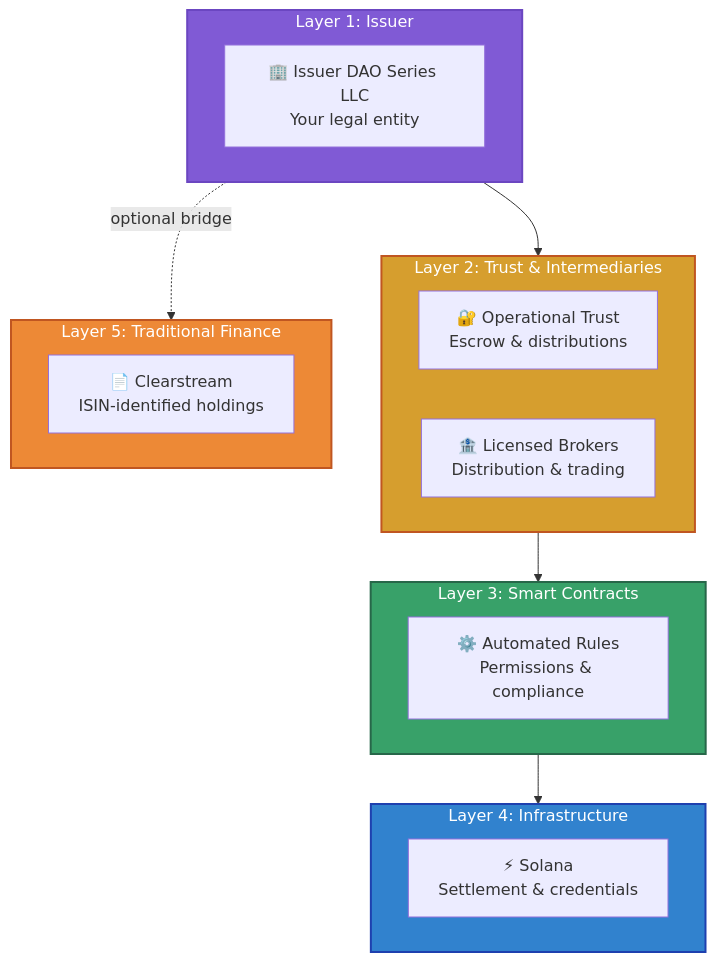
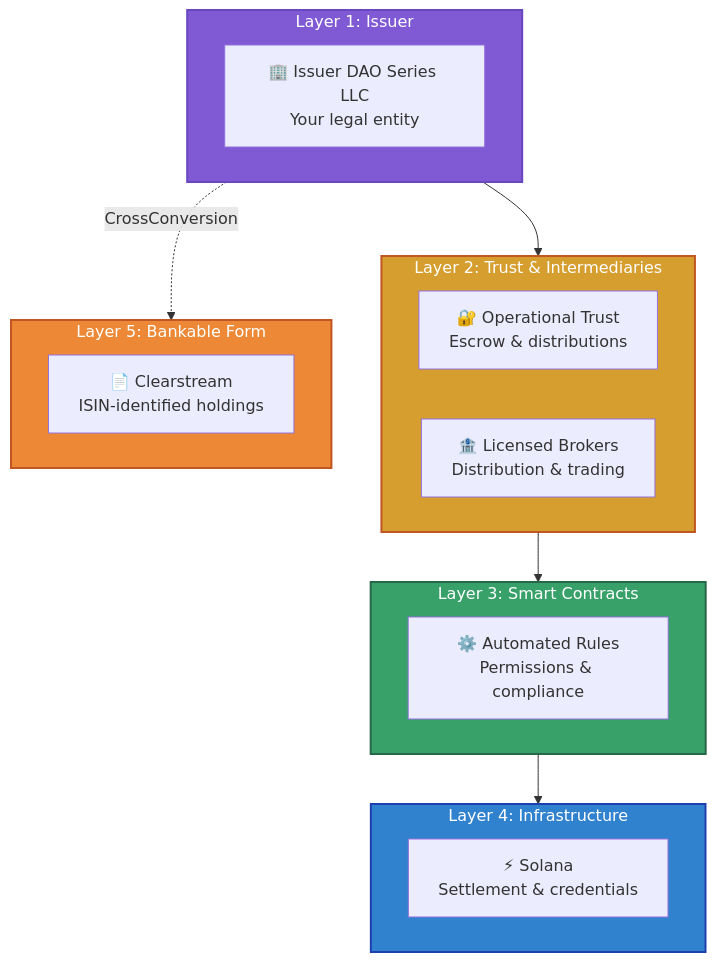
Before and after one commit to hrbrlife/sailsto_website: the first of 9 diagrams in hugo-site/content/whatsails.md, drawn with Mermaid. The commit also changed other lines of this file and 34 other files, not shown here.

```diff
--- a/hugo-site/content/whatsails.md
+++ b/hugo-site/content/whatsails.md
@@ -238,28 +240,28 @@
         <div class="mermaid">
         flowchart TB
             subgraph Layer1[Layer 1: Issuer]
                 LLC[🏢 Issuer DAO Series LLC<br/>Your legal entity]
             end
             subgraph Layer2[Layer 2: Trust & Intermediaries]
                 TRUST[🔐 Operational Trust<br/>Escrow & distributions]
                 BROKERS[🏦 Licensed Brokers<br/>Distribution & trading]
             end
             subgraph Layer3[Layer 3: Smart Contracts]
                 RULES[⚙️ Automated Rules<br/>Permissions & compliance]
             end
             subgraph Layer4[Layer 4: Infrastructure]
                 SOL[⚡ Solana<br/>Settlement & credentials]
             end
-            subgraph Layer5[Layer 5: Traditional Finance]
+            subgraph Layer5[Layer 5: Bankable Form]
                 CLEAR[📄 Clearstream<br/>ISIN-identified holdings]
             end
             Layer1 --> Layer2
             Layer2 --> Layer3
             Layer3 --> Layer4
-            Layer1 -.->|optional bridge| Layer5
+            Layer1 -.->|CrossConversion| Layer5
             style Layer1 fill:#805ad5,color:#fff,stroke:#6b46c1,stroke-width:2px
             style Layer2 fill:#d69e2e,color:#fff,stroke:#c05621,stroke-width:2px
             style Layer3 fill:#38a169,color:#fff,stroke:#276749,stroke-width:2px
             style Layer4 fill:#3182ce,color:#fff,stroke:#1e40af,stroke-width:2px
             style Layer5 fill:#ed8936,color:#fff,stroke:#c05621,stroke-width:2px
         </div>
```
